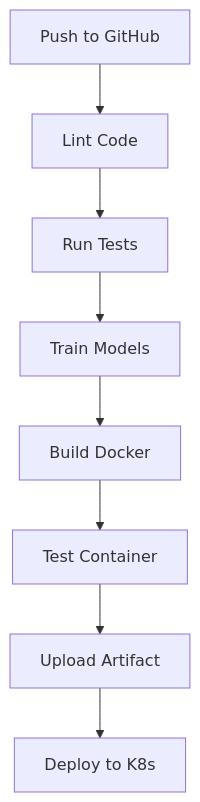
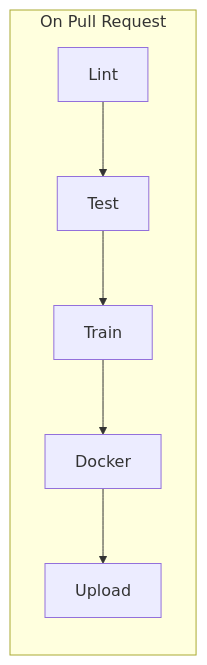
The fourth of 9 diagrams in README.md (2024aa05820/heart-disease-mlops), drawn with Mermaid before and after one commit. The commit also changed other lines of this file, not shown here.

First line of the commit message:
Fix High-Level Architecture to match actual CI/CD flow

````diff
--- a/README.md
+++ b/README.md
@@ -262,10 +283,6 @@
 ```mermaid
-flowchart TB
-    A[Push to GitHub] --> B[Lint Code]
-    B --> C[Run Tests]
-    C --> D[Train Models]
-    D --> E[Build Docker]
-    E --> F[Test Container]
-    F --> G[Upload Artifact]
-    G --> H[Deploy to K8s]
+flowchart LR
+    subgraph PR["On Pull Request"]
+        A[Lint] --> B[Test] --> C[Train] --> D[Docker] --> E[Upload]
+    end
 ```
````
